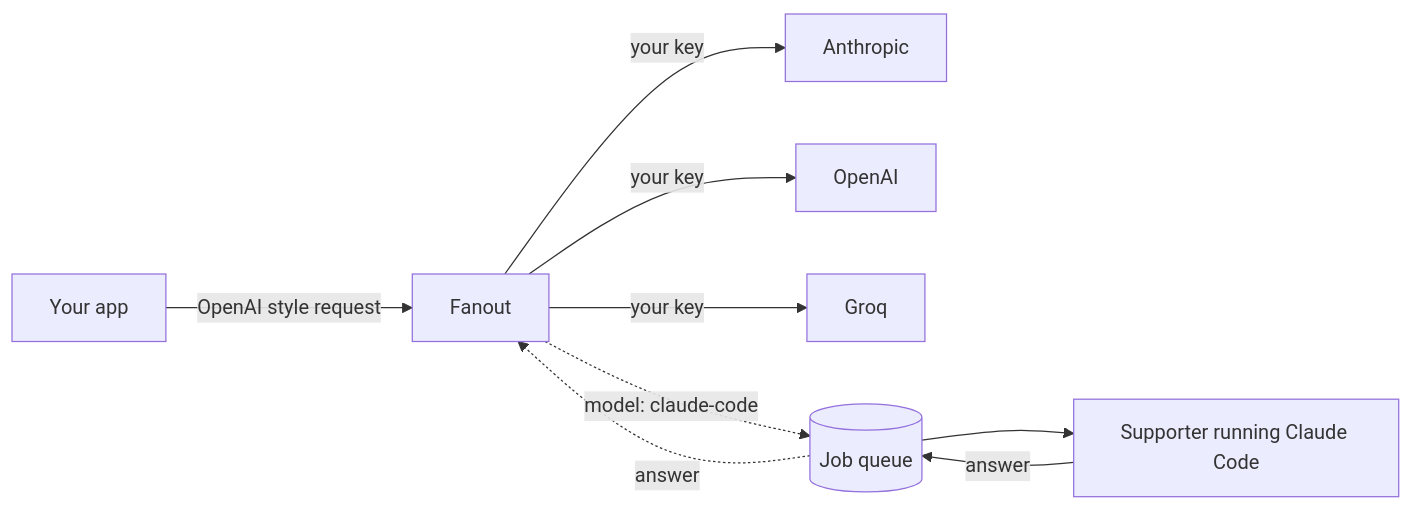
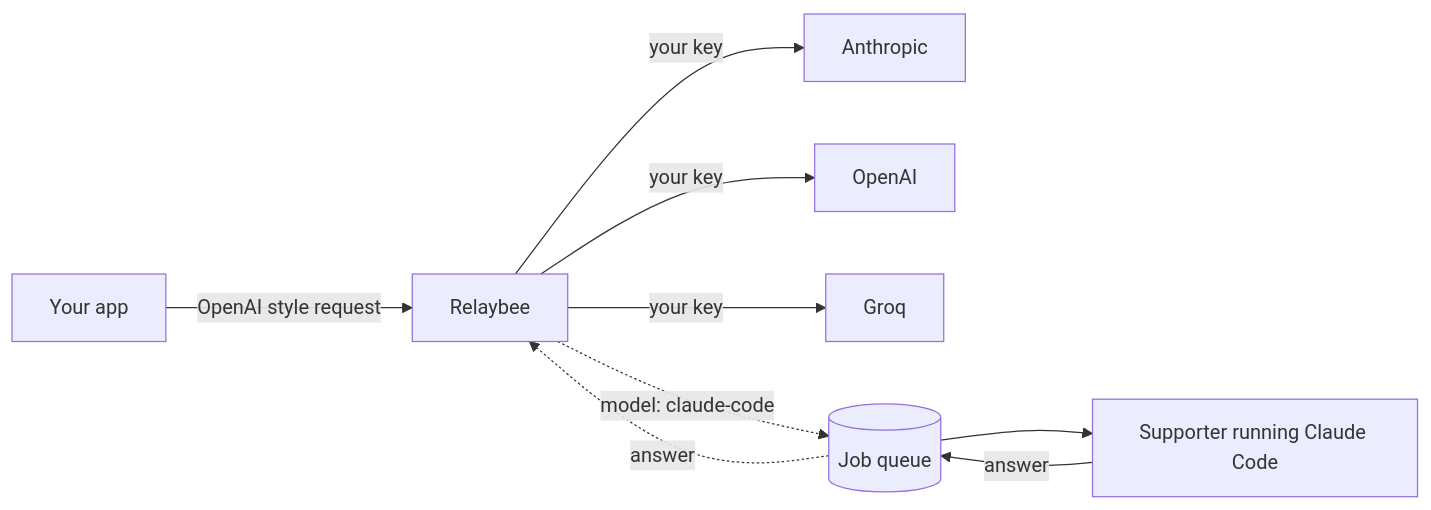
One commit to EnesYilmazcode/fanout changed the diagram in README.md. Above: the diagram before and after it, drawn with Mermaid. The commit also changed other lines of this file and 37 other files, not shown here.

First line of the commit message:
refactor(brand): Fanout is now Relaybee

````diff
--- a/README.md
+++ b/README.md
@@ -95,11 +95,11 @@
 ```mermaid
 flowchart LR
-  A[Your app] -->|OpenAI style request| F[Fanout]
+  A[Your app] -->|OpenAI style request| F[Relaybee]
   F -->|your key| P1[Anthropic]
   F -->|your key| P2[OpenAI]
   F -->|your key| P3[Groq]
   F -.->|model: claude-code| Q[(Job queue)]
   Q --> S[Supporter running Claude Code]
   S -->|answer| Q
   Q -.->|answer| F
 ```
````
